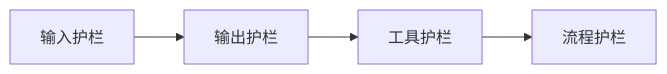
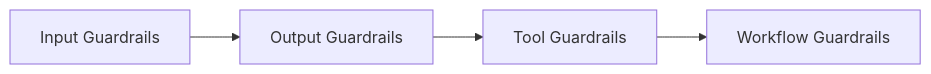
One commit to oudbiao/AI-fullstack-course changed the diagram in docs/ch09-agent/ch08-eval-safety/04-guardrails.md. Above: the diagram before and after it, drawn with Mermaid. The commit also changed other lines of this file and 1406 other files, not shown here.

````diff
--- a/docs/ch09-agent/ch08-eval-safety/04-guardrails.md
+++ b/docs/ch09-agent/ch08-eval-safety/04-guardrails.md
@@ -37,6 +37,6 @@
 ```mermaid
 flowchart LR
-    A["输入护栏"] --> B["输出护栏"]
-    B --> C["工具护栏"]
-    C --> D["流程护栏"]
+    A["Input Guardrails"] --> B["Output Guardrails"]
+    B --> C["Tool Guardrails"]
+    C --> D["Workflow Guardrails"]
 ```
````
